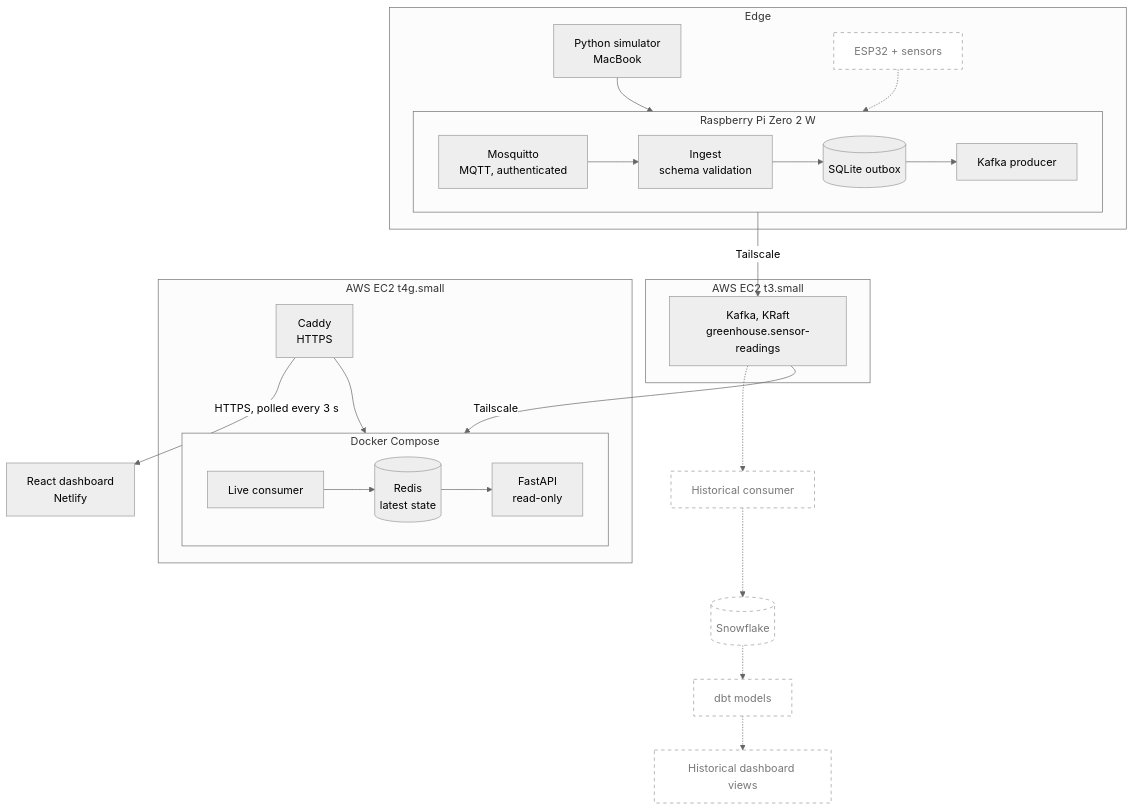
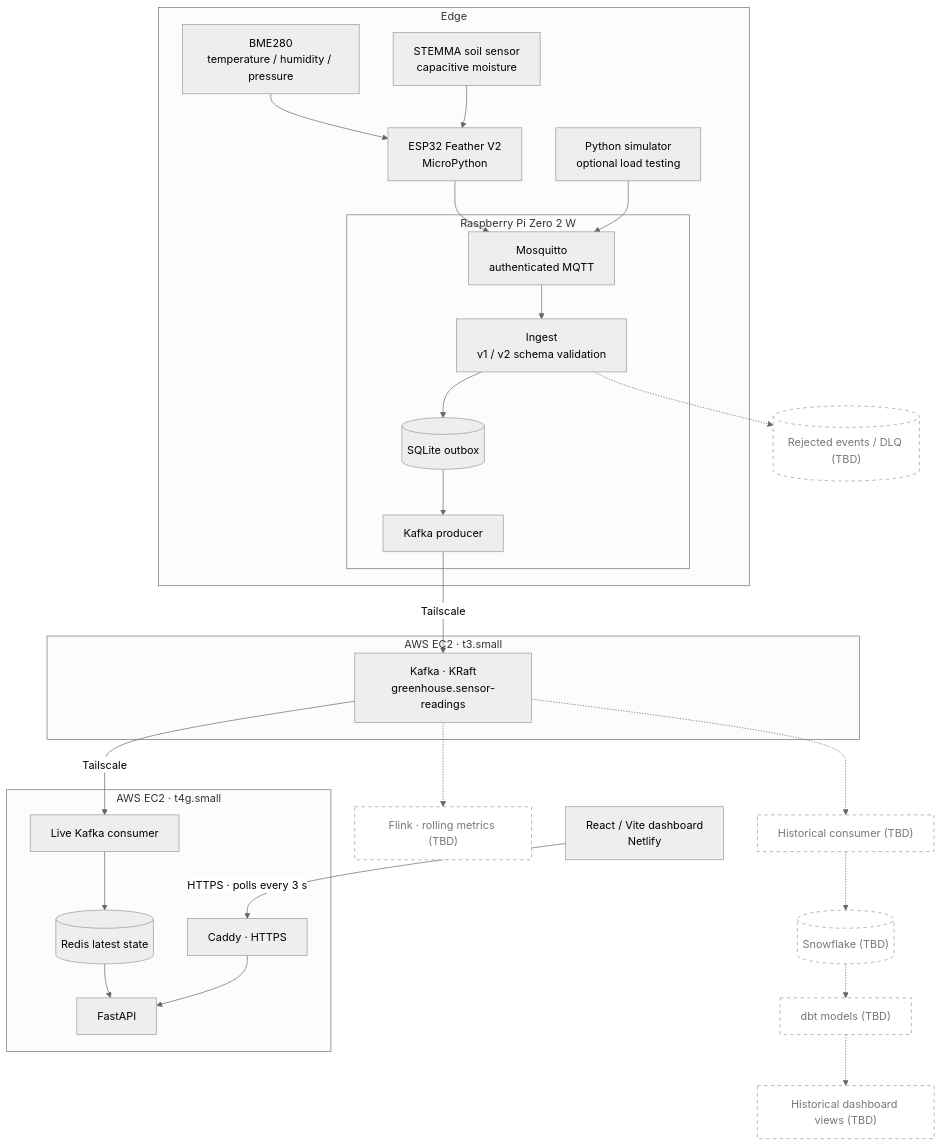
The diagram in README.md (0GregoryJ/greenhouse-iot-streaming-pipeline), drawn with Mermaid (neutral theme) before and after one commit. The commit also changed other lines of this file and 7 other files, not shown here.

Commit message:
Implemented BME280 and soil sensors, ESP32 mircocontroller, and accomidated new schema.

````diff
--- a/README.md
+++ b/README.md
@@ -36,40 +33,40 @@
 ```mermaid
 flowchart TB
   subgraph edge["Edge"]
-    sim["Python simulator<br/>MacBook"]
-    esp["ESP32 + sensors"]
+    bme["BME280<br/>temperature / humidity / pressure"] --> esp["ESP32 Feather V2<br/>MicroPython"]
+    soil["STEMMA soil sensor<br/>capacitive moisture"] --> esp
+    sim["Python simulator<br/>optional load testing"]
     subgraph pi["Raspberry Pi Zero 2 W"]
-      direction LR
-      mqtt["Mosquitto<br/>MQTT, authenticated"] --> ingest["Ingest<br/>schema validation"]
-      ingest --> outbox[("SQLite outbox")]
-      outbox --> producer["Kafka producer"]
+      mqtt["Mosquitto<br/>authenticated MQTT"] --> ingest["Ingest<br/>v1 / v2 schema validation"]
+      ingest --> sqlite[("SQLite outbox")]
+      sqlite --> prod["Kafka producer"]
     end
   end
 
-  subgraph ec2a["AWS EC2 t3.small"]
-    kafka["Kafka, KRaft<br/>greenhouse.sensor-readings"]
+  subgraph broker["AWS EC2 · t3.small"]
+    kafka["Kafka · KRaft<br/>greenhouse.sensor-readings"]
   end
 
-  subgraph ec2b["AWS EC2 t4g.small"]
-    subgraph compose["Docker Compose"]
-      direction LR
-      consumer["Live consumer"] --> redis[("Redis<br/>latest state")]
-      redis --> api["FastAPI<br/>read-only"]
-    end
-    caddy["Caddy<br/>HTTPS"]
+  subgraph serving["AWS EC2 · t4g.small"]
+    consumer["Live Kafka consumer"] --> redis[("Redis latest state")]
+    redis --> api["FastAPI"]
+    caddy["Caddy · HTTPS"] --> api
   end
 
-  web["React dashboard<br/>Netlify"]
+  dash["React / Vite dashboard<br/>Netlify"]
+  esp --> mqtt
+  sim --> mqtt
+  prod -->|Tailscale| kafka
+  kafka -->|Tailscale| consumer
+  dash -->|"HTTPS · polls every 3 s"| caddy
 
-  sim --> pi
-  esp -.-> pi
-  pi -->|Tailscale| kafka
-  kafka -->|Tailscale| compose
-  caddy --> compose
-  caddy -->|"HTTPS, polled every 3 s"| web
-
-  kafka -.-> hist["Historical consumer"] -.-> snow[("Snowflake")] -.-> dbt["dbt models"] -.-> views["Historical dashboard views"]
+  kafka -.-> flink["Flink · rolling metrics (TBD)"]
+  kafka -.-> hist["Historical consumer (TBD)"]
+  hist -.-> snow[("Snowflake (TBD)")]
+  snow -.-> dbt["dbt models (TBD)"]
+  dbt -.-> history["Historical dashboard views (TBD)"]
+  ingest -.-> rejected[("Rejected events / DLQ (TBD)")]
 
   classDef planned fill:#fff,stroke:#999,stroke-dasharray:5 5,color:#777;
-  class esp,hist,snow,dbt,views planned;
+  class flink,hist,snow,dbt,history,rejected planned;
 ```
````
